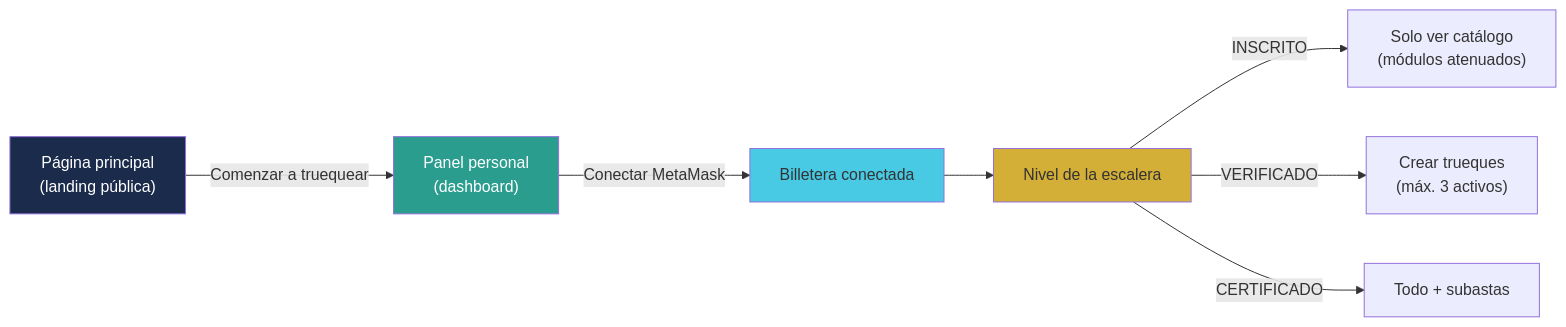
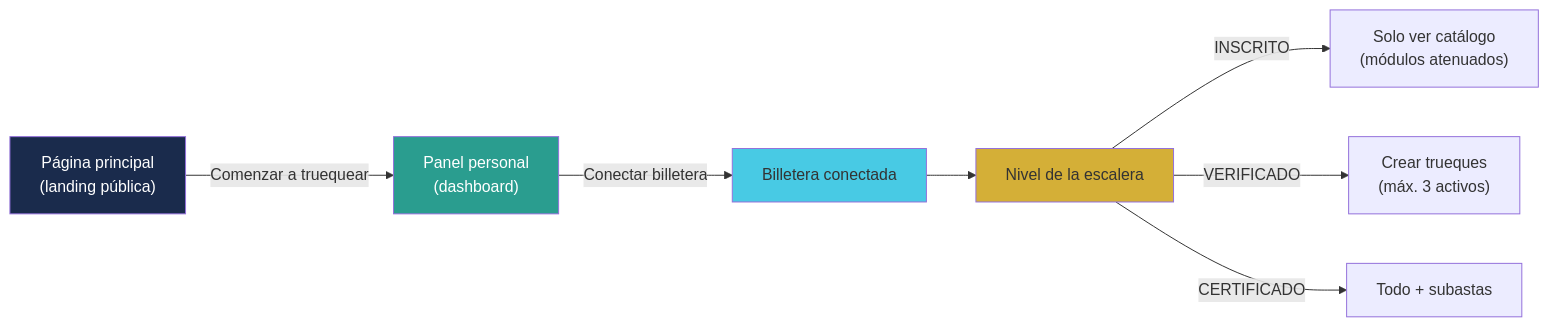
The first of 2 diagrams in docs/Manuales/01-Tecnologia/04-stack-frontend.md (anlucorporations/escrow), drawn with Mermaid before and after one commit. The commit also changed other lines of this file and 26 other files, not shown here.

````diff
--- a/docs/Manuales/01-Tecnologia/04-stack-frontend.md
+++ b/docs/Manuales/01-Tecnologia/04-stack-frontend.md
@@ -33,13 +33,13 @@
 ```mermaid
 flowchart LR
     L["Página principal<br/>(landing pública)"] -->|"Comenzar a truequear"| D["Panel personal<br/>(dashboard)"]
-    D -->|"Conectar MetaMask"| W["Billetera conectada"]
+    D -->|"Conectar billetera"| W["Billetera conectada"]
     W --> N["Nivel de la escalera"]
     N -->|"INSCRITO"| V1["Solo ver catálogo<br/>(módulos atenuados)"]
     N -->|"VERIFICADO"| V2["Crear trueques<br/>(máx. 3 activos)"]
     N -->|"CERTIFICADO"| V3["Todo + subastas"]
     style L fill:#1a2b4c,color:#fff
     style D fill:#2a9d8f,color:#fff
     style W fill:#48cae4
     style N fill:#d4af37
 ```
````
